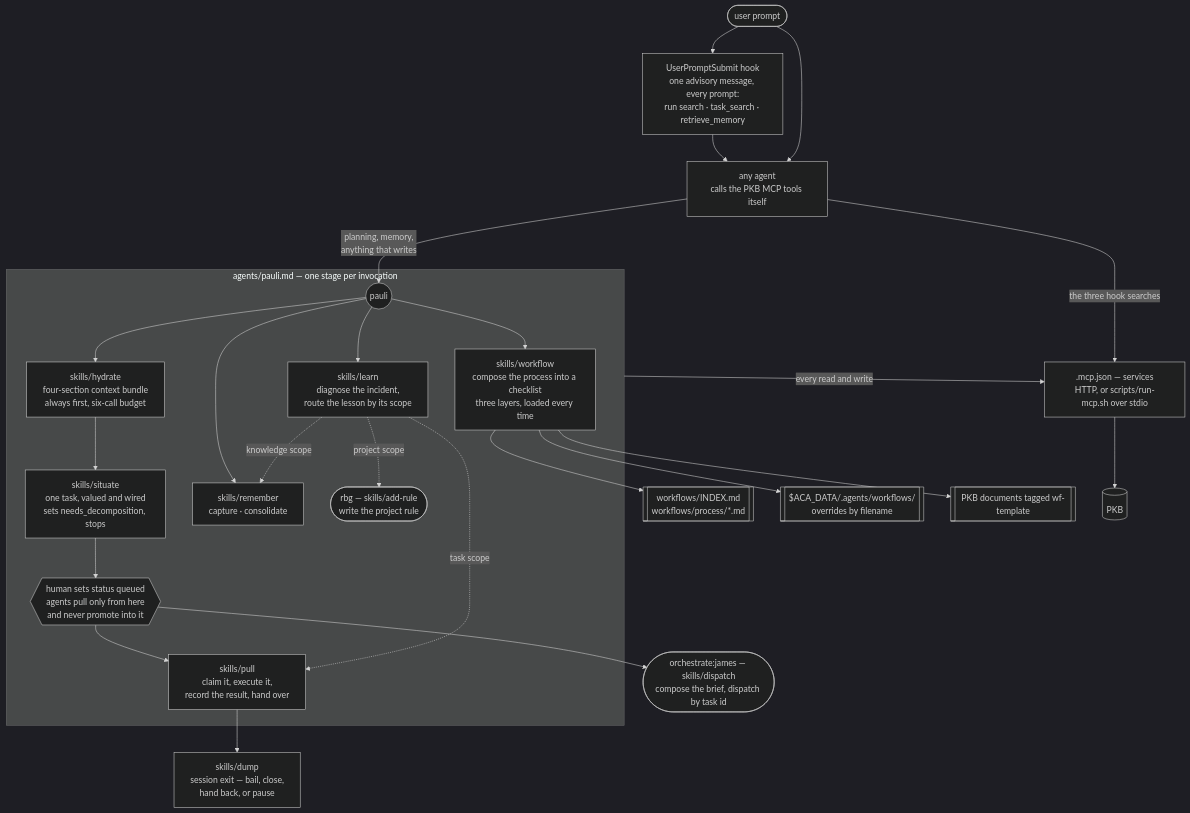
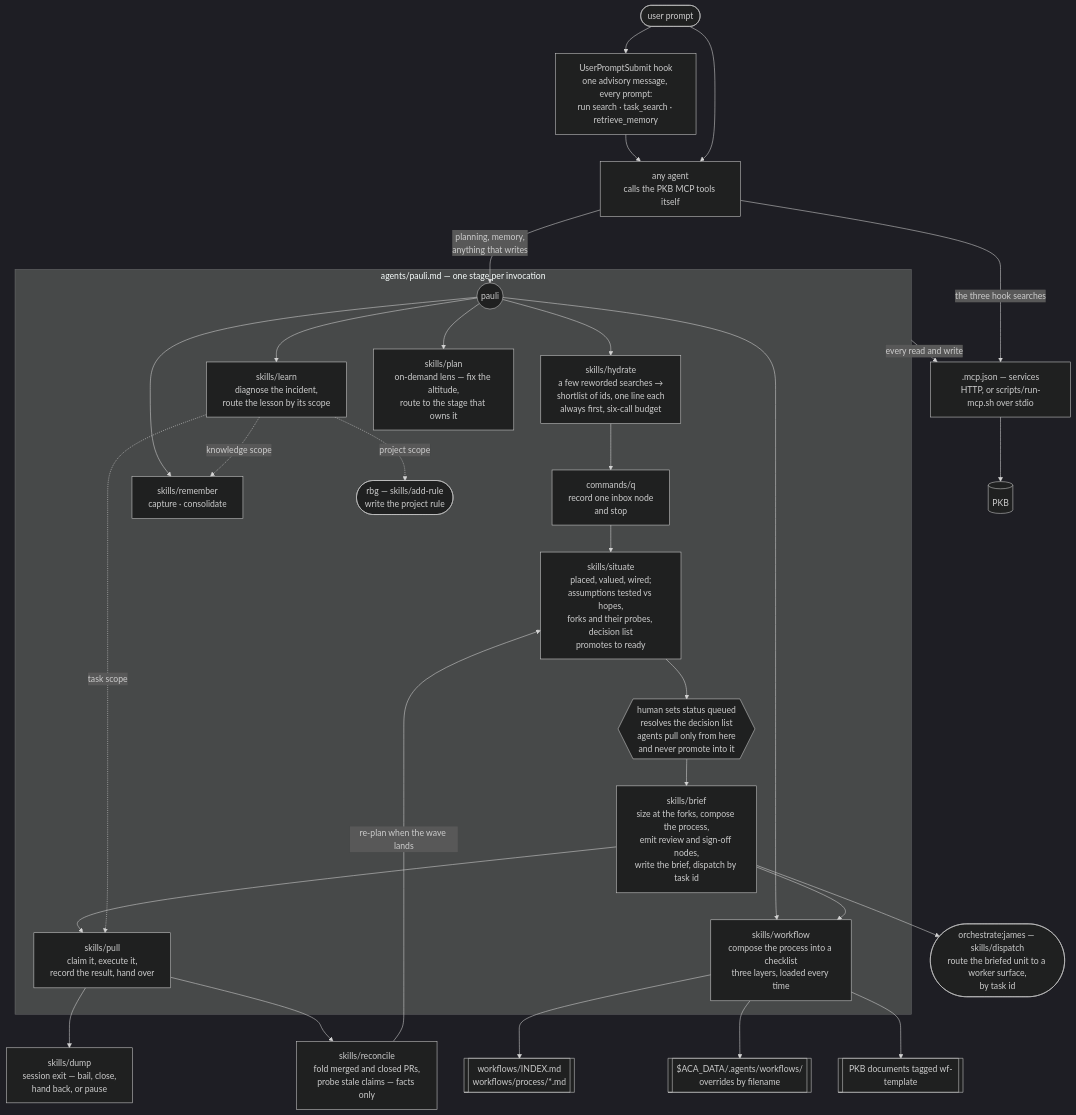
One commit to nicsuzor/academicOps changed the diagram in plugins/pkb/README.md. Above: the diagram before and after it, drawn with Mermaid (dark theme). The commit also changed other lines of this file and 25 other files, not shown here.

First line of the commit message:
feat(pkb): ship the task pipeline — capture, situate, brief, reconcile

````diff
--- a/plugins/pkb/README.md
+++ b/plugins/pkb/README.md
@@ -8,40 +8,46 @@
 ```mermaid
 flowchart TD
     prompt([user prompt]) --> hook
 
     hook["UserPromptSubmit hook<br/>one advisory message, every prompt:<br/>run search · task_search · retrieve_memory"]
     hook --> agent
     prompt --> agent["any agent<br/>calls the PKB MCP tools itself"]
 
     agent -- "planning, memory,<br/>anything that writes" --> pauli
 
     subgraph pkbwrite["agents/pauli.md — one stage per invocation"]
         pauli(("pauli"))
-        pauli --> hydrate["skills/hydrate<br/>four-section context bundle<br/>always first, six-call budget"]
+        pauli --> hydrate["skills/hydrate<br/>a few reworded searches →<br/>shortlist of ids, one line each<br/>always first, six-call budget"]
 
-        hydrate --> situate["skills/situate<br/>one task, valued and wired<br/>sets needs_decomposition, stops"]
-        situate --> gate{{"human sets status queued<br/>agents pull only from here<br/>and never promote into it"}}
-        gate --> pull["skills/pull<br/>claim it, execute it,<br/>record the result, hand over"]
+        hydrate --> capture["commands/q<br/>record one inbox node<br/>and stop"]
+        capture --> situate["skills/situate<br/>placed, valued, wired;<br/>assumptions tested vs hopes,<br/>forks and their probes, decision list<br/>promotes to ready"]
+        situate --> gate{{"human sets status queued<br/>resolves the decision list<br/>agents pull only from here<br/>and never promote into it"}}
+        gate --> brief["skills/brief<br/>size at the forks, compose the process,<br/>emit review and sign-off nodes,<br/>write the brief, dispatch by task id"]
+        brief --> pull["skills/pull<br/>claim it, execute it,<br/>record the result, hand over"]
 
         pauli --> composer["skills/workflow<br/>compose the process into a checklist<br/>three layers, loaded every time"]
         pauli --> remember["skills/remember<br/>capture · consolidate"]
         pauli --> learn["skills/learn<br/>diagnose the incident,<br/>route the lesson by its scope"]
+        pauli --> plan["skills/plan<br/>on-demand lens — fix the altitude,<br/>route to the stage that owns it"]
 
+        brief --> composer
         learn -. knowledge scope .-> remember
         learn -. project scope .-> addrule(["rbg — skills/add-rule<br/>write the project rule"])
         learn -. task scope .-> pull
     end
 
     pull --> dump["skills/dump<br/>session exit — bail, close,<br/>hand back, or pause"]
+    pull --> reconcile["skills/reconcile<br/>fold merged and closed PRs,<br/>probe stale claims — facts only"]
+    reconcile -- "re-plan when the wave lands" --> situate
 
     composer --> library[["workflows/INDEX.md<br/>workflows/process/*.md"]]
     composer --> userlayer[["$ACA_DATA/.agents/workflows/<br/>overrides by filename"]]
     composer --> wftemplates[["PKB documents tagged wf-template"]]
 
     pkbwrite -- "every read and write" --> mcp
     agent -- "the three hook searches" --> mcp
 
     mcp[".mcp.json — services<br/>HTTP, or scripts/run-mcp.sh over stdio"] --> pkbstore[(PKB)]
 
-    gate --> dispatch(["orchestrate:james — skills/dispatch<br/>compose the brief, dispatch by task id"])
+    brief --> dispatch(["orchestrate:james — skills/dispatch<br/>route the briefed unit to a worker surface,<br/>by task id"])
 ```
````
